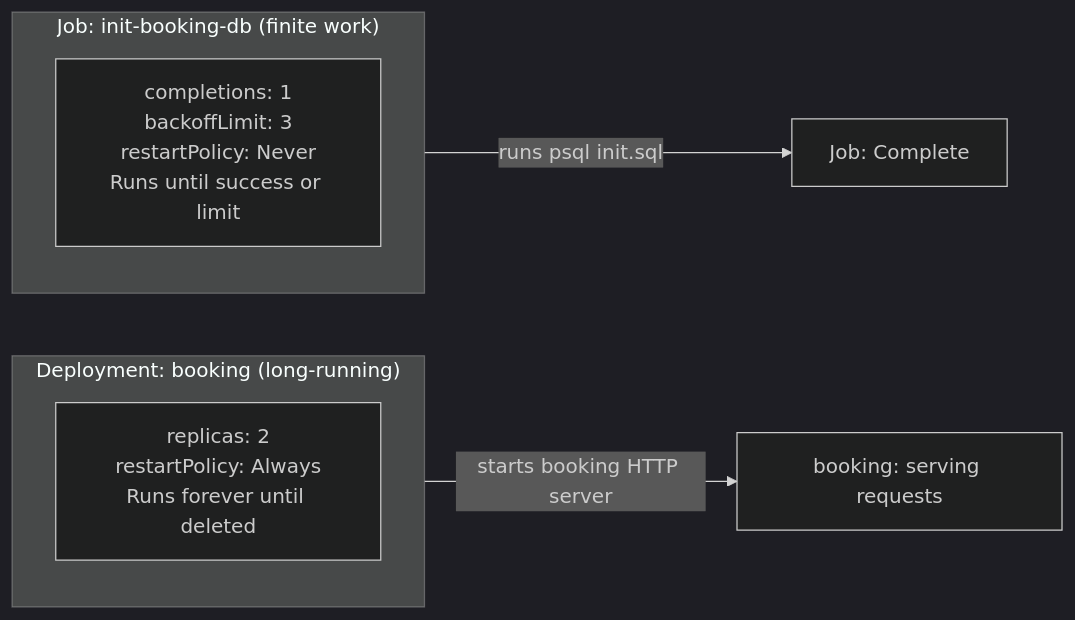
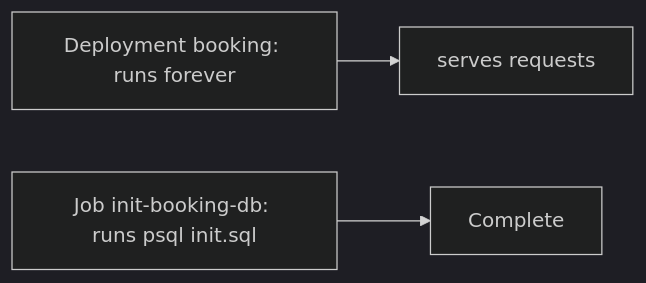
The diagram in docs/learn/workloads/jobs-and-initialization.md (darshan-raul/apollo11-docs), drawn with Mermaid (dark theme) before and after one commit. The commit also changed other lines of this file and 55 other files, not shown here.

````diff
--- a/docs/learn/workloads/jobs-and-initialization.md
+++ b/docs/learn/workloads/jobs-and-initialization.md
@@ -34,11 +24,5 @@
-~~~mermaid
+```mermaid
 flowchart LR
-  subgraph Deployment["Deployment: booking (long-running)"]
-    D["replicas: 2\nrestartPolicy: Always\nRuns forever until deleted"]
-  end
-  subgraph Job["Job: init-booking-db (finite work)"]
-    J["completions: 1\nbackoffLimit: 3\nrestartPolicy: Never\nRuns until success or limit"]
-  end
-  Deployment -->|starts booking HTTP server| Booking["booking: serving requests"]
-  Job -->|runs psql init.sql| Done["Job: Complete"]
-~~~
+  Dep[Deployment booking: runs forever] --> Srv[serves requests]
+  Job[Job init-booking-db: runs psql init.sql] --> Done[Complete]
+```
````
